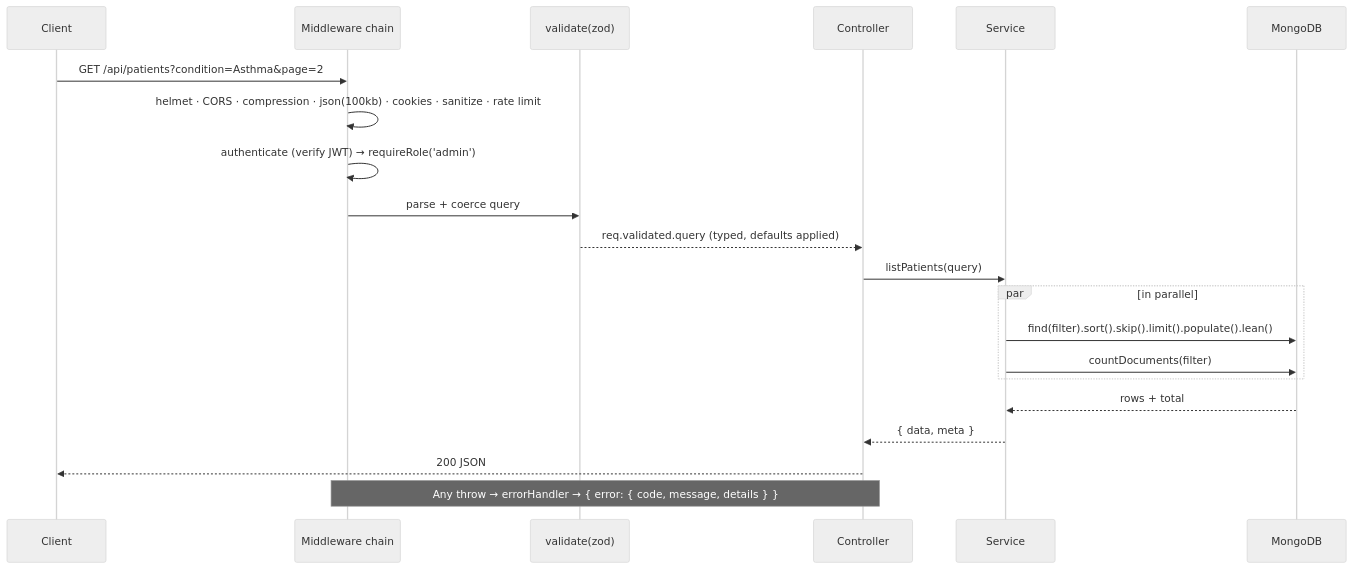
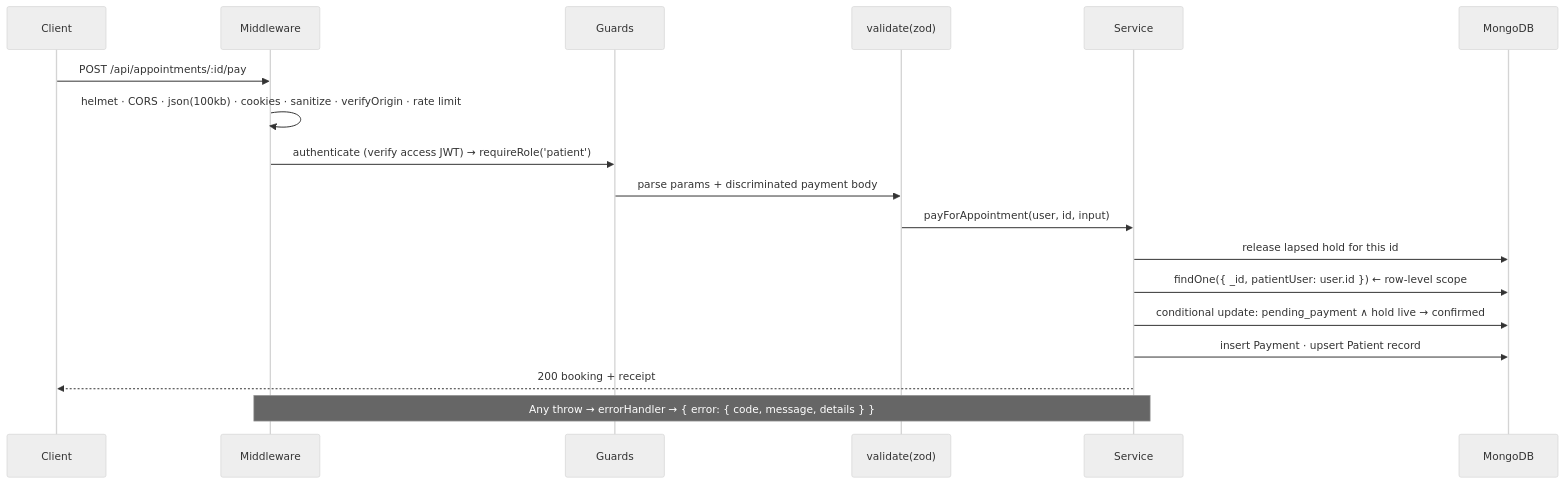
One commit to sadatnuman/doctor-tracker-backend changed the second of 5 diagrams in ARCHITECTURE.md. Above: the diagram before and after it, drawn with Mermaid (neutral theme). The commit also changed other lines of this file and 1 other file, not shown here.

Commit message:
docs: document roles, sessions, booking holds and payments

````diff
--- a/ARCHITECTURE.md
+++ b/ARCHITECTURE.md
@@ -66,23 +69,20 @@
 ```mermaid
 sequenceDiagram
     participant C as Client
-    participant MW as Middleware chain
+    participant MW as Middleware
+    participant G as Guards
     participant V as validate(zod)
-    participant Ctl as Controller
     participant S as Service
     participant DB as MongoDB
-    C->>MW: GET /api/patients?condition=Asthma&page=2
-    MW->>MW: helmet · CORS · compression · json(100kb) · cookies · sanitize · rate limit
-    MW->>MW: authenticate (verify JWT) → requireRole('admin')
-    MW->>V: parse + coerce query
-    V-->>Ctl: req.validated.query (typed, defaults applied)
-    Ctl->>S: listPatients(query)
-    par in parallel
-      S->>DB: find(filter).sort().skip().limit().populate().lean()
-      S->>DB: countDocuments(filter)
-    end
-    DB-->>S: rows + total
-    S-->>Ctl: { data, meta }
-    Ctl-->>C: 200 JSON
-    Note over MW,Ctl: Any throw → errorHandler → { error: { code, message, details } }
+    C->>MW: POST /api/appointments/:id/pay
+    MW->>MW: helmet · CORS · json(100kb) · cookies · sanitize · verifyOrigin · rate limit
+    MW->>G: authenticate (verify access JWT) → requireRole('patient')
+    G->>V: parse params + discriminated payment body
+    V->>S: payForAppointment(user, id, input)
+    S->>DB: release lapsed hold for this id
+    S->>DB: findOne({ _id, patientUser: user.id })  ← row-level scope
+    S->>DB: conditional update: pending_payment ∧ hold live → confirmed
+    S->>DB: insert Payment · upsert Patient record
+    S-->>C: 200 booking + receipt
+    Note over MW,S: Any throw → errorHandler → { error: { code, message, details } }
 ```
````
